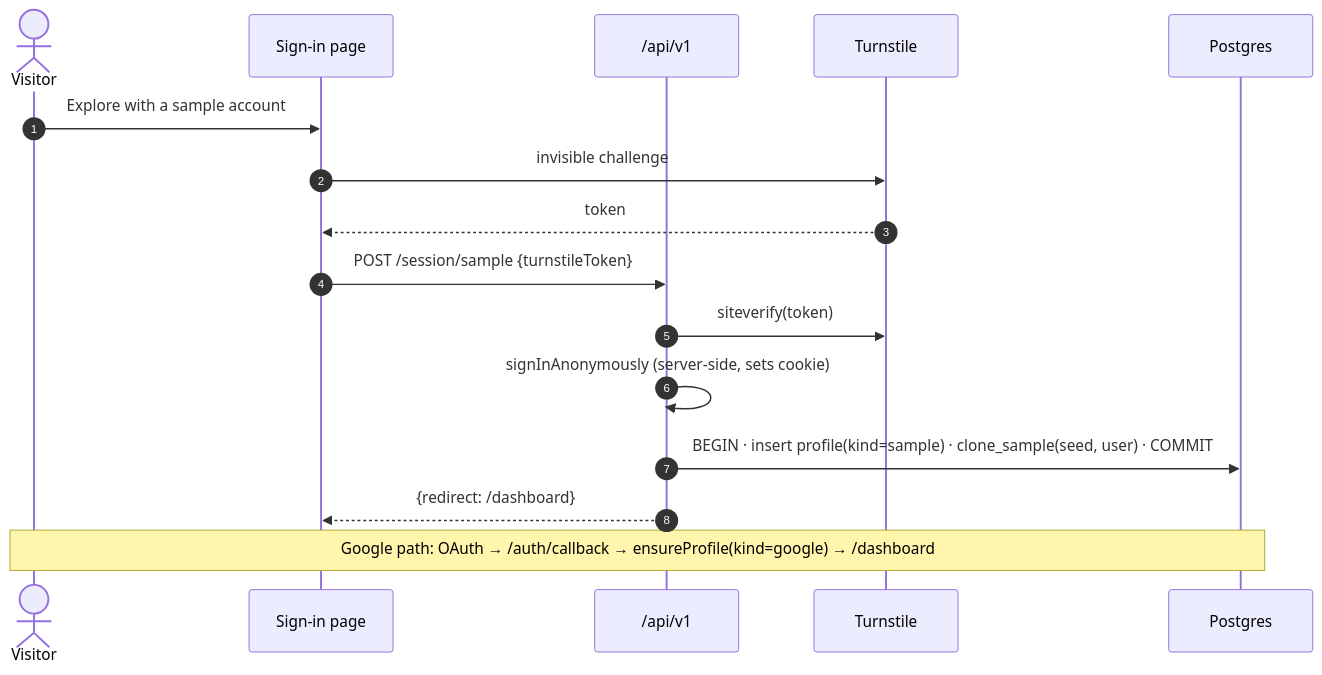
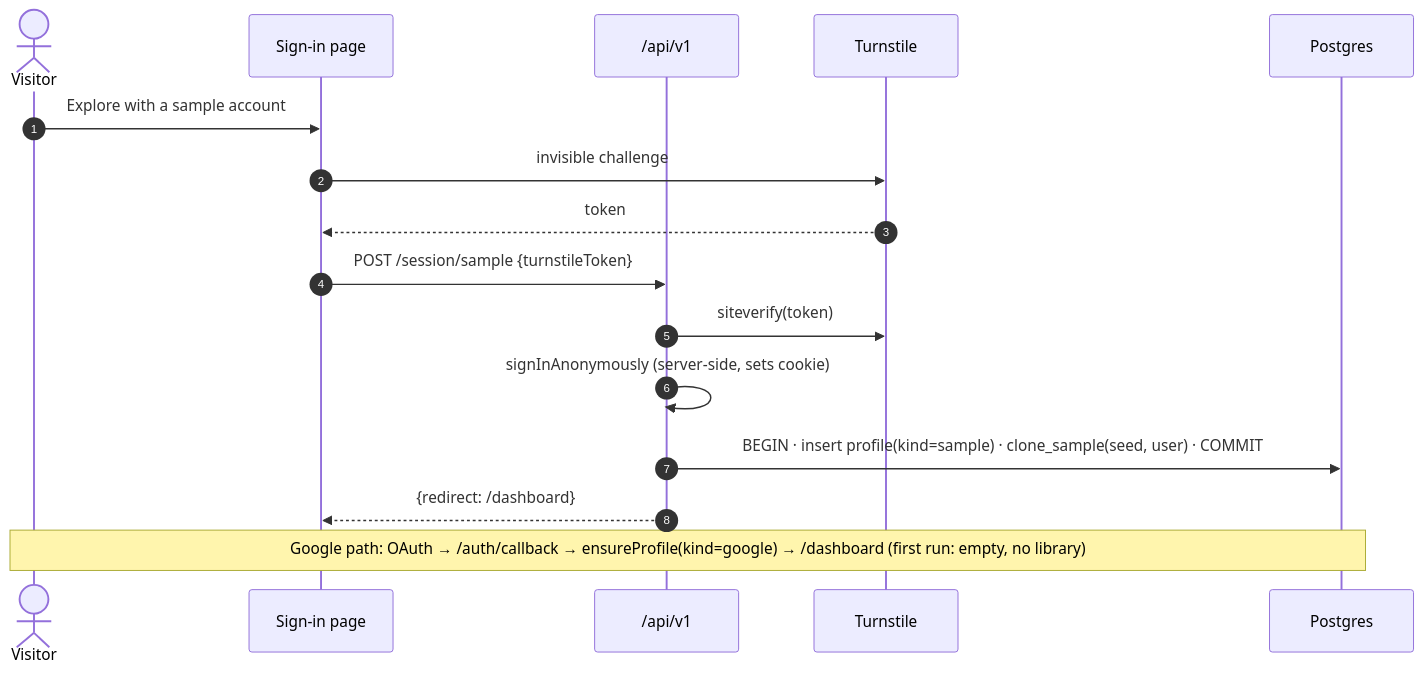
One commit to adamchok/Lectheo changed the second of 6 diagrams in docs/Lectheo Architecture.md. Above: the diagram before and after it, drawn with Mermaid. The commit also changed other lines of this file and 8 other files, not shown here.

````diff
--- a/docs/Lectheo Architecture.md
+++ b/docs/Lectheo Architecture.md
@@ -132,19 +135,19 @@
 ```mermaid
 sequenceDiagram
     autonumber
     actor V as Visitor
     participant UI as Sign-in page
     participant API as /api/v1
     participant TS as Turnstile
     participant DB as Postgres
 
     V->>UI: Explore with a sample account
     UI->>TS: invisible challenge
     TS-->>UI: token
     UI->>API: POST /session/sample {turnstileToken}
     API->>TS: siteverify(token)
     API->>API: signInAnonymously (server-side, sets cookie)
     API->>DB: BEGIN · insert profile(kind=sample) · clone_sample(seed, user) · COMMIT
     API-->>UI: {redirect: /dashboard}
-    Note over V,DB: Google path: OAuth → /auth/callback → ensureProfile(kind=google) → /dashboard
+    Note over V,DB: Google path: OAuth → /auth/callback → ensureProfile(kind=google) → /dashboard (first run: empty, no library)
 ```
````
